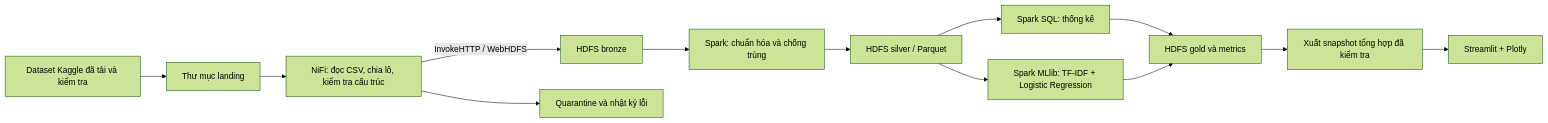
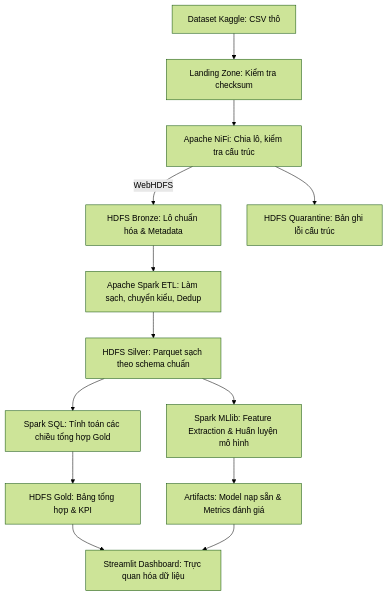
One commit to luan2311/Bigdata_Steam_Rate changed the diagram in Plan.md. Above: the diagram before and after it, drawn with Mermaid (forest theme). The commit also changed other lines of this file and 11 other files, not shown here.

````diff
--- a/Plan.md
+++ b/Plan.md
@@ -99,15 +61,15 @@
 ```mermaid
-flowchart LR
-    K[Dataset Kaggle đã tải và kiểm tra] --> L[Thư mục landing]
-    L --> N[NiFi: đọc CSV, chia lô, kiểm tra cấu trúc]
-    N -->|InvokeHTTP / WebHDFS| R[HDFS bronze]
-    N --> Q[Quarantine và nhật ký lỗi]
-    R --> S[Spark: chuẩn hóa và chống trùng]
-    S --> C[HDFS silver / Parquet]
-    C --> E[Spark SQL: thống kê]
-    C --> M[Spark MLlib: TF-IDF + Logistic Regression]
-    E --> G[HDFS gold và metrics]
-    M --> G
-    G --> X[Xuất snapshot tổng hợp đã kiểm tra]
-    X --> D[Streamlit + Plotly]
+flowchart TD
+    K[Dataset Kaggle: CSV thô] --> L[Landing Zone: Kiểm tra checksum]
+    L --> N[Apache NiFi: Chia lô, kiểm tra cấu trúc]
+    N -->|WebHDFS| B[HDFS Bronze: Lô chuẩn hóa & Metadata]
+    N --> Q[HDFS Quarantine: Bản ghi lỗi cấu trúc]
+    B --> S[Apache Spark ETL: Làm sạch, chuyển kiểu, Dedup]
+    S --> SI[HDFS Silver: Parquet sạch theo schema chuẩn]
+    SI --> G1[Spark SQL: Tính toán các chiều tổng hợp Gold]
+    SI --> G2[Spark MLlib: Feature Extraction & Huấn luyện mô hình]
+    G1 --> GO[HDFS Gold: Bảng tổng hợp & KPI]
+    G2 --> MO[Artifacts: Model nạp sẵn & Metrics đánh giá]
+    GO --> D[Streamlit Dashboard: Trực quan hóa dữ liệu]
+    MO --> D
 ```
````
